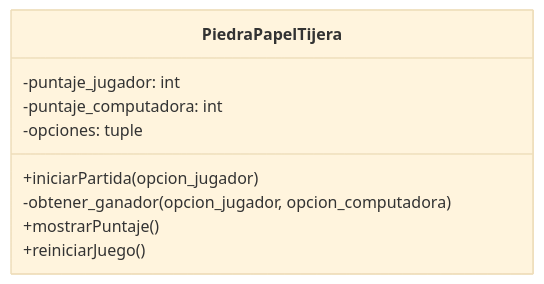
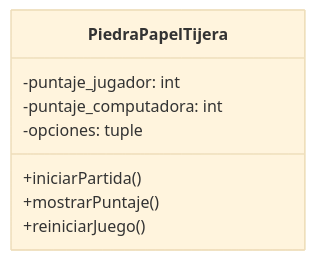
Before and after one commit to PatoAparicio/psg-oop-2025: the diagram in retos_sesion_09/ejercicio_01.md, drawn with Mermaid (base theme). The commit also changed other lines of this file and 4 other files, not shown here.

````diff
--- a/retos_sesion_09/ejercicio_01.md
+++ b/retos_sesion_09/ejercicio_01.md
@@ -33,12 +52,11 @@
 ```mermaid
 classDiagram
     class PiedraPapelTijera {
         -puntaje_jugador: int
         -puntaje_computadora: int
         -opciones: tuple
-        +iniciarPartida(opcion_jugador)
-        -obtener_ganador(opcion_jugador, opcion_computadora)
+        +iniciarPartida()
         +mostrarPuntaje()
         +reiniciarJuego()
     }
 ```
````
